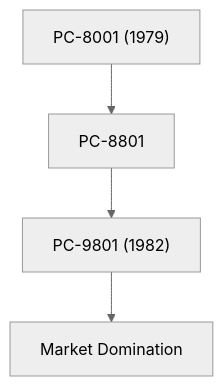
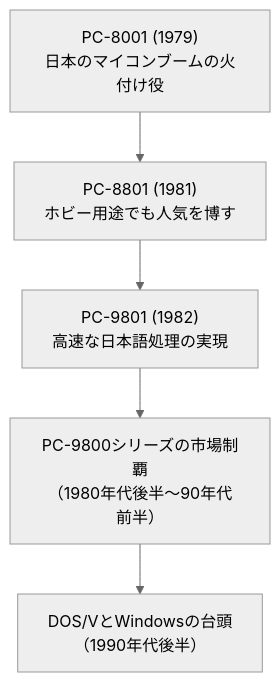
Before and after one commit to kenjinote/blog: the diagram in content/post/history-of-nec/index.md, drawn with Mermaid (neutral theme). The commit also changed other lines of this file and 276 other files, not shown here.

````diff
--- a/content/post/history-of-nec/index.md
+++ b/content/post/history-of-nec/index.md
@@ -23,6 +60,7 @@
 ```mermaid
 graph TD
-    PC8001["PC-8001 (1979)"] --> PC8801["PC-8801"]
-    PC8801 --> PC9801["PC-9801 (1982)"]
-    PC9801 --> Domination["Market Domination"]
+    PC8001["PC-8001 (1979)<br>日本のマイコンブームの火付け役"] --> PC8801["PC-8801 (1981)<br>ホビー用途でも人気を博す"]
+    PC8801 --> PC9801["PC-9801 (1982)<br>高速な日本語処理の実現"]
+    PC9801 --> Domination["PC-9800シリーズの市場制覇<br>（1980年代後半〜90年代前半）"]
+    Domination --> DOSV["DOS/VとWindowsの台頭<br>（1990年代後半）"]
 ```
````
